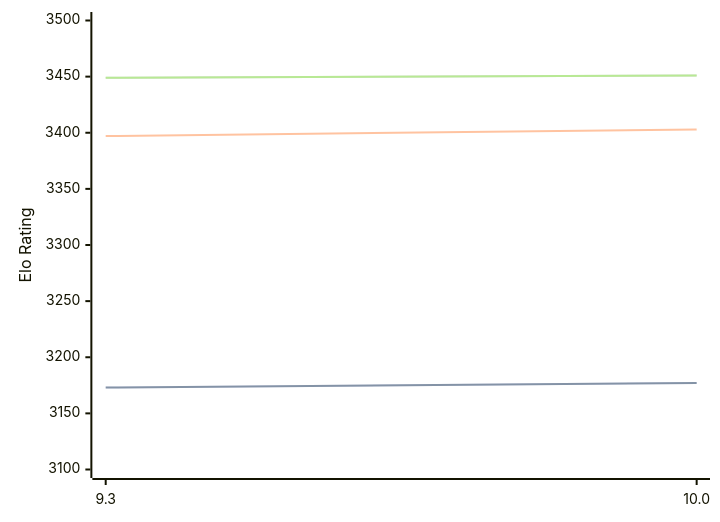
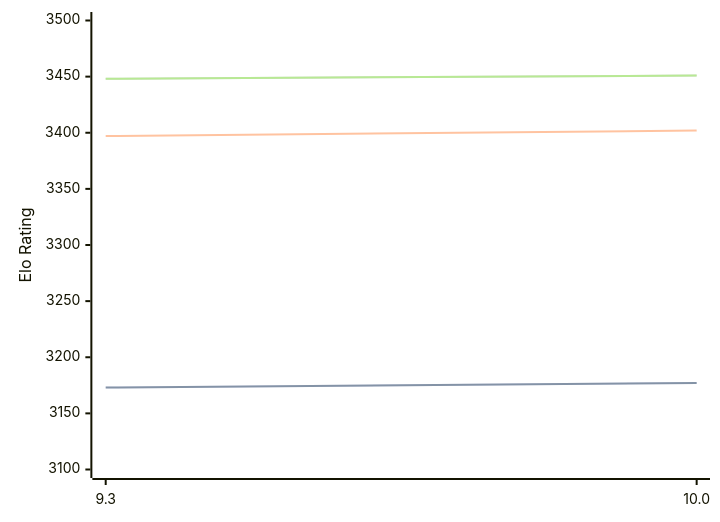
Before and after one commit to computer-chess-index/cci: the diagram in engines/Fire.md, drawn with Mermaid. The commit also changed other lines of this file, not shown here.

Commit message:
Update CCI Ratings (ELO VLTC) - 2026-03-25

````diff
--- a/engines/Fire.md
+++ b/engines/Fire.md
@@ -47,11 +47,11 @@
 ```mermaid
 %%{init: {"theme":"base","themeVariables":{"seriesColors:['#a3a3a3','#222221','#faa371']}}}%%
 xychart-beta
   x-axis ["9.3", "10.0"]
   y-axis "Elo Rating" 3100 --> 3500
   line "STC (8.0+0.08s)" [3173, 3177]
   line "STC (8.0+0.08s)" [3173, 3177]
-  line "LTC (60.0+0.60s)" [3397, 3403]
-  line "VLTC (2m24s+1.12s)" [3449, 3451]
-  line "VLTC (2m24s+1.12s)" [3449, 3451]
+  line "LTC (60.0+0.60s)" [3397, 3402]
+  line "VLTC (2m24s+1.12s)" [3448, 3451]
+  line "VLTC (2m24s+1.12s)" [3448, 3451]
 ```
````
